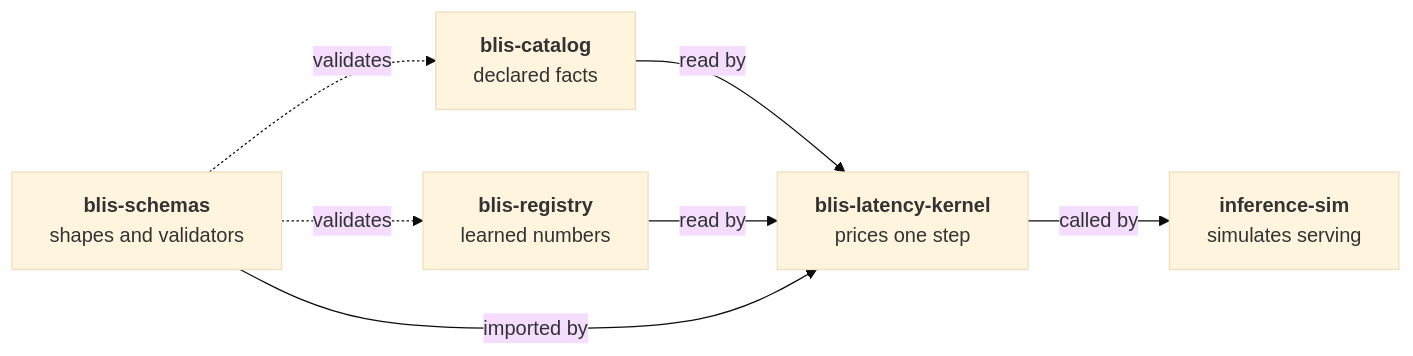
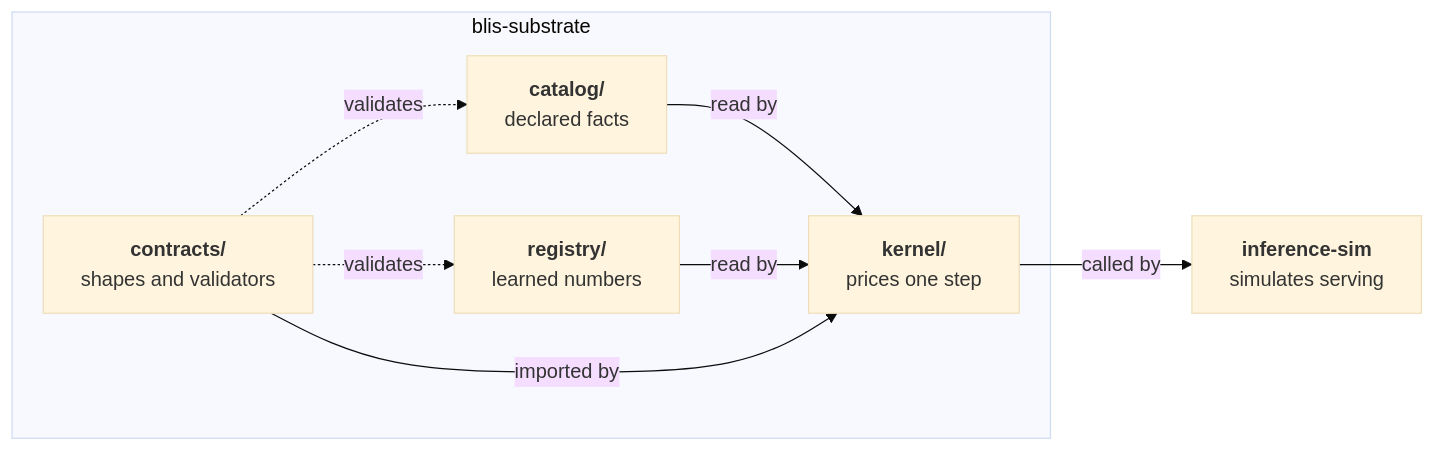
One commit to inference-sim/blis-substrate changed the diagram in docs/registry/index.md. Above: the diagram before and after it, drawn with Mermaid (base theme). The commit also changed other lines of this file and 88 other files, not shown here.

````diff
--- a/docs/registry/index.md
+++ b/docs/registry/index.md
@@ -25,15 +25,17 @@
 ```mermaid
 flowchart LR
-    schemas["<b>blis-schemas</b><br/>shapes and validators"]
-    catalog["<b>blis-catalog</b><br/>declared facts"]
-    registry["<b>blis-registry</b><br/>learned numbers"]
-    kernel["<b>blis-latency-kernel</b><br/>prices one step"]
+    subgraph substrate["blis-substrate"]
+        contracts["<b>contracts/</b><br/>shapes and validators"]
+        catalog["<b>catalog/</b><br/>declared facts"]
+        registry["<b>registry/</b><br/>learned numbers"]
+        kernel["<b>kernel/</b><br/>prices one step"]
+    end
     sim["<b>inference-sim</b><br/>simulates serving"]
 
-    schemas -. validates .-> catalog
-    schemas -. validates .-> registry
+    contracts -. validates .-> catalog
+    contracts -. validates .-> registry
     catalog -- read by --> kernel
     registry -- read by --> kernel
-    schemas -- imported by --> kernel
+    contracts -- imported by --> kernel
     kernel -- called by --> sim
 ```
````
